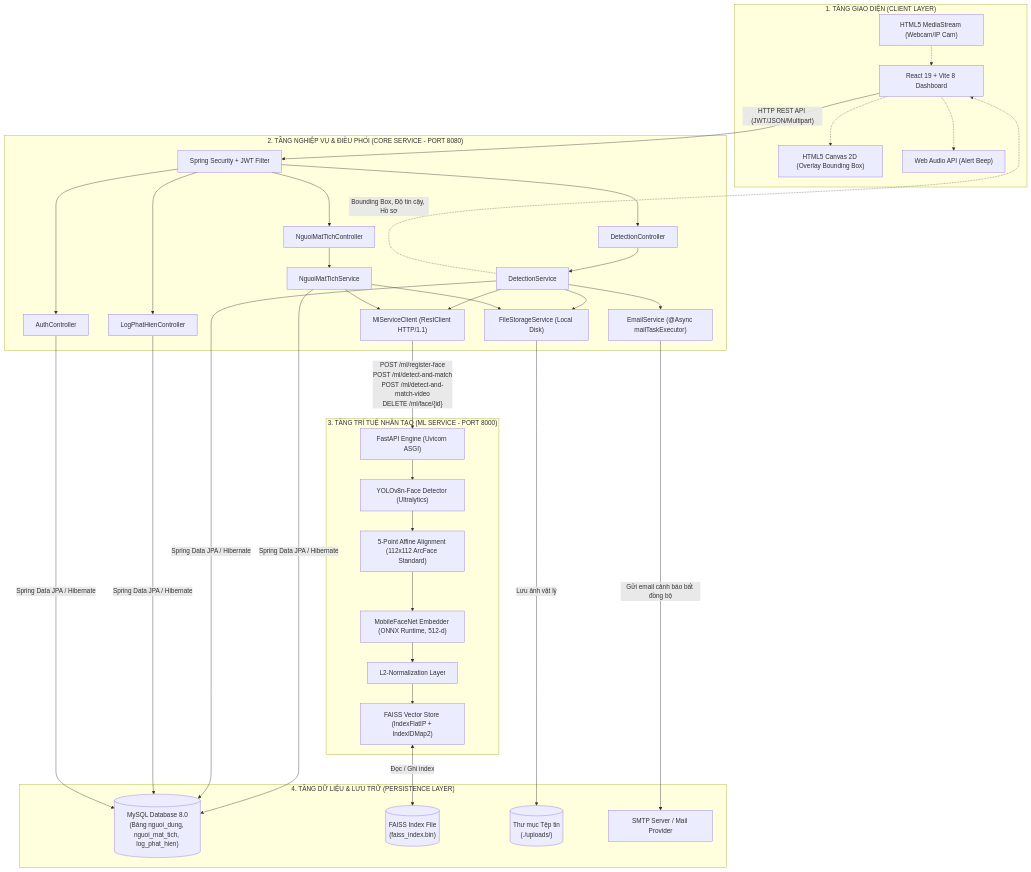
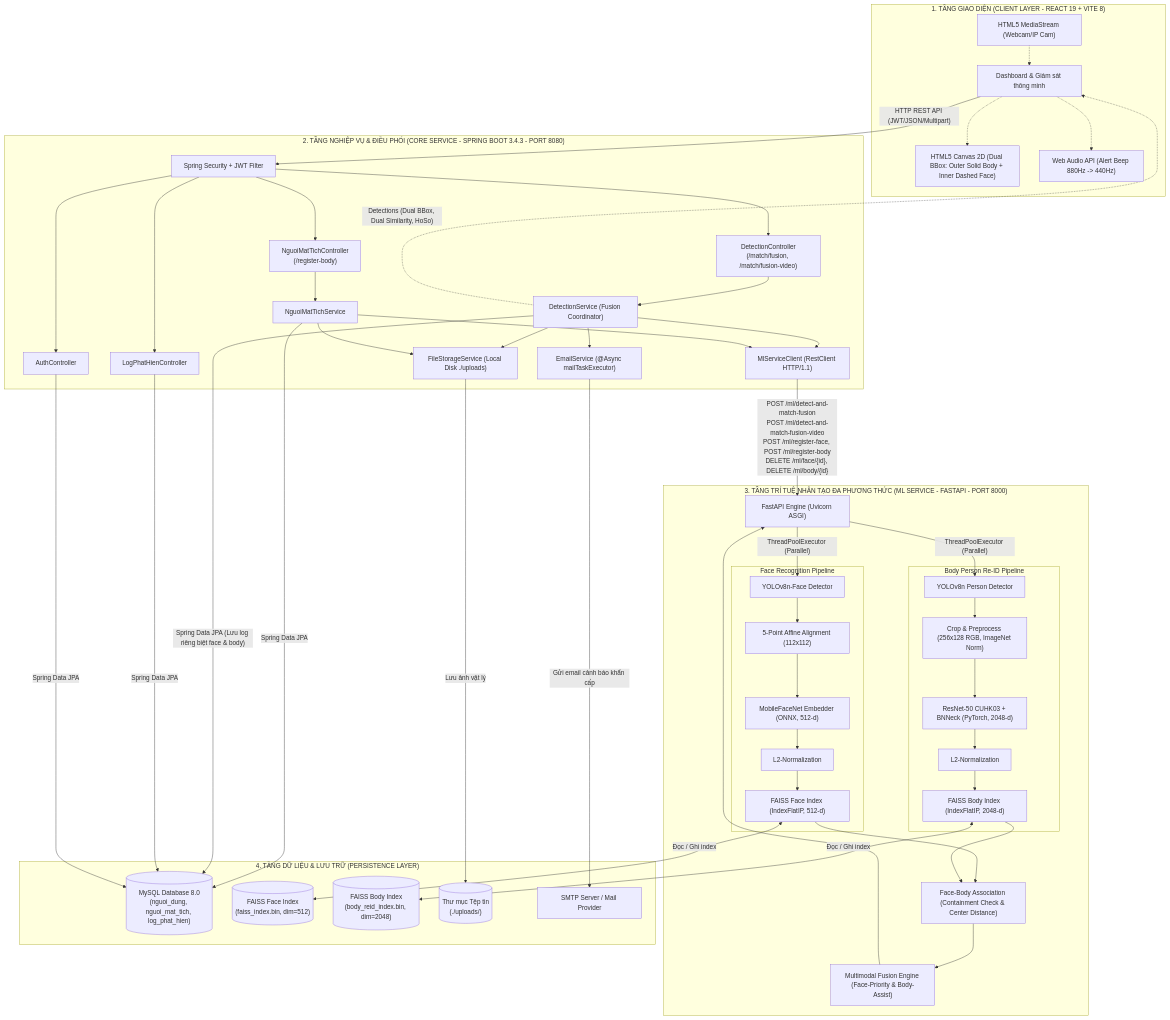
Before and after one commit to hansnam/Person_Recognition: the first of 5 diagrams in ARCHITECTURE.md, drawn with Mermaid. The commit also changed other lines of this file and 66 other files, not shown here.

````diff
--- a/ARCHITECTURE.md
+++ b/ARCHITECTURE.md
@@ -24,43 +27,58 @@
 ```mermaid
 flowchart TB
-    subgraph ClientLayer ["1. TẦNG GIAO DIỆN (CLIENT LAYER)"]
-        UI["React 19 + Vite 8 Dashboard"]
+    subgraph ClientLayer ["1. TẦNG GIAO DIỆN (CLIENT LAYER - REACT 19 + VITE 8)"]
+        UI["Dashboard & Giám sát thông minh"]
         Cam["HTML5 MediaStream (Webcam/IP Cam)"]
-        Canvas["HTML5 Canvas 2D (Overlay Bounding Box)"]
-        Audio["Web Audio API (Alert Beep)"]
+        Canvas["HTML5 Canvas 2D (Dual BBox: Outer Solid Body + Inner Dashed Face)"]
+        Audio["Web Audio API (Alert Beep 880Hz -> 440Hz)"]
     end
 
-    subgraph CoreLayer ["2. TẦNG NGHIỆP VỤ & ĐIỀU PHỐI (CORE SERVICE - PORT 8080)"]
+    subgraph CoreLayer ["2. TẦNG NGHIỆP VỤ & ĐIỀU PHỐI (CORE SERVICE - SPRING BOOT 3.4.3 - PORT 8080)"]
         API_GW["Spring Security + JWT Filter"]
         AuthController["AuthController"]
-        NmtController["NguoiMatTichController"]
-        DetectController["DetectionController"]
+        NmtController["NguoiMatTichController\n(/register-body)"]
+        DetectController["DetectionController\n(/match/fusion, /match/fusion-video)"]
         LogController["LogPhatHienController"]
         
-        DetectionService["DetectionService"]
+        DetectionService["DetectionService (Fusion Coordinator)"]
         NmtService["NguoiMatTichService"]
-        FileStorage["FileStorageService (Local Disk)"]
+        FileStorage["FileStorageService (Local Disk ./uploads)"]
         EmailService["EmailService (@Async mailTaskExecutor)"]
         MlClient["MlServiceClient (RestClient HTTP/1.1)"]
     end
 
-    subgraph MLLayer ["3. TẦNG TRÍ TUỆ NHÂN TẠO (ML SERVICE - PORT 8000)"]
+    subgraph MLLayer ["3. TẦNG TRÍ TUỆ NHÂN TẠO ĐA PHƯƠNG THỨC (ML SERVICE - FASTAPI - PORT 8000)"]
         FastAPI["FastAPI Engine (Uvicorn ASGI)"]
-        YOLO["YOLOv8n-Face Detector (Ultralytics)"]
-        Aligner["5-Point Affine Alignment (112x112 ArcFace Standard)"]
-        Embedder["MobileFaceNet Embedder (ONNX Runtime, 512-d)"]
-        L2Norm["L2-Normalization Layer"]
-        VectorStore["FAISS Vector Store (IndexFlatIP + IndexIDMap2)"]
+        
+        subgraph FacePipeline ["Face Recognition Pipeline"]
+            YOLO_F["YOLOv8n-Face Detector"]
+            Aligner["5-Point Affine Alignment (112x112)"]
+            Embedder_F["MobileFaceNet Embedder (ONNX, 512-d)"]
+            L2Norm_F["L2-Normalization"]
+            VectorStore_F["FAISS Face Index (IndexFlatIP, 512-d)"]
+        end
+
+        subgraph BodyPipeline ["Body Person Re-ID Pipeline"]
+            YOLO_B["YOLOv8n Person Detector"]
+            Crop_B["Crop & Preprocess (256x128 RGB, ImageNet Norm)"]
+            Embedder_B["ResNet-50 CUHK03 + BNNeck (PyTorch, 2048-d)"]
+            L2Norm_B["L2-Normalization"]
+            VectorStore_B["FAISS Body Index (IndexFlatIP, 2048-d)"]
+        end
+
+        Assoc["Face-Body Association (Containment Check & Center Distance)"]
+        FusionEng["Multimodal Fusion Engine (Face-Priority & Body-Assist)"]
     end
 
     subgraph StorageLayer ["4. TẦNG DỮ LIỆU & LƯU TRỮ (PERSISTENCE LAYER)"]
-        MySQL[("MySQL Database 8.0\n(Bảng nguoi_dung, nguoi_mat_tich, log_phat_hien)")]
-        FAISS_DB[("FAISS Index File\n(faiss_index.bin)")]
+        MySQL[("MySQL Database 8.0\n(nguoi_dung, nguoi_mat_tich, log_phat_hien)")]
+        FAISS_Face[("FAISS Face Index\n(faiss_index.bin, dim=512)")]
+        FAISS_Body[("FAISS Body Index\n(body_reid_index.bin, dim=2048)")]
         DiskStorage[("Thư mục Tệp tin\n(./uploads/)")]
         SMTP["SMTP Server / Mail Provider"]
     end
 
-    %% Tương tác Client -> Core
+    %% Giao tiếp Client -> Core
     Cam -.-> UI
     UI -->|"HTTP REST API (JWT/JSON/Multipart)"| API_GW
     API_GW --> AuthController
@@ -68,7 +86,7 @@
     API_GW --> DetectController
     API_GW --> LogController
 
-    %% Tương tác Core Service
+    %% Điều phối Core Service
     DetectController --> DetectionService
     NmtController --> NmtService
     DetectionService --> FileStorage
@@ -77,27 +95,34 @@
     DetectionService --> MlClient
     NmtService --> MlClient
 
-    %% Tương tác Core -> Persistence
-    NmtService -->|"Spring Data JPA / Hibernate"| MySQL
-    DetectionService -->|"Spring Data JPA / Hibernate"| MySQL
-    LogController -->|"Spring Data JPA / Hibernate"| MySQL
-    AuthController -->|"Spring Data JPA / Hibernate"| MySQL
+    %% Giao tiếp Core -> Storage
+    NmtService -->|"Spring Data JPA"| MySQL
+    DetectionService -->|"Spring Data JPA (Lưu log riêng biệt face & body)"| MySQL
+    LogController -->|"Spring Data JPA"| MySQL
+    AuthController -->|"Spring Data JPA"| MySQL
     FileStorage -->|"Lưu ảnh vật lý"| DiskStorage
-    EmailService -->|"Gửi email cảnh báo bất đồng bộ"| SMTP
+    EmailService -->|"Gửi email cảnh báo khẩn cấp"| SMTP
 
-    %% Tương tác Core -> ML Service
-    MlClient -->|"POST /ml/register-face\nPOST /ml/detect-and-match\nPOST /ml/detect-and-match-video\nDELETE /ml/face/{id}"| FastAPI
+    %% Core -> ML Service
+    MlClient -->|"POST /ml/detect-and-match-fusion\nPOST /ml/detect-and-match-fusion-video\nPOST /ml/register-face, POST /ml/register-body\nDELETE /ml/face/{id}, DELETE /ml/body/{id}"| FastAPI
 
     %% Pipeline ML Service
-    FastAPI --> YOLO
-    YOLO --> Aligner
-    Aligner --> Embedder
-    Embedder --> L2Norm
-    L2Norm --> VectorStore
-    VectorStore <-->|"Đọc / Ghi index"| FAISS_DB
+    FastAPI -->|"ThreadPoolExecutor (Parallel)"| YOLO_F
+    FastAPI -->|"ThreadPoolExecutor (Parallel)"| YOLO_B
 
-    %% Phản hồi về giao diện
-    DetectionService -.->|"Bounding Box, Độ tin cậy, Hồ sơ"| UI
+    YOLO_F --> Aligner --> Embedder_F --> L2Norm_F --> VectorStore_F
+    VectorStore_F <-->|"Đọc / Ghi index"| FAISS_Face
+
+    YOLO_B --> Crop_B --> Embedder_B --> L2Norm_B --> VectorStore_B
+    VectorStore_B <-->|"Đọc / Ghi index"| FAISS_Body
+
+    VectorStore_F --> Assoc
+    VectorStore_B --> Assoc
+    Assoc --> FusionEng
+    FusionEng --> FastAPI
+
+    %% Phản hồi giao diện
+    DetectionService -.->|"Detections (Dual BBox, Dual Similarity, HoSo)"| UI
     UI -.-> Canvas
     UI -.-> Audio
 ```
````
